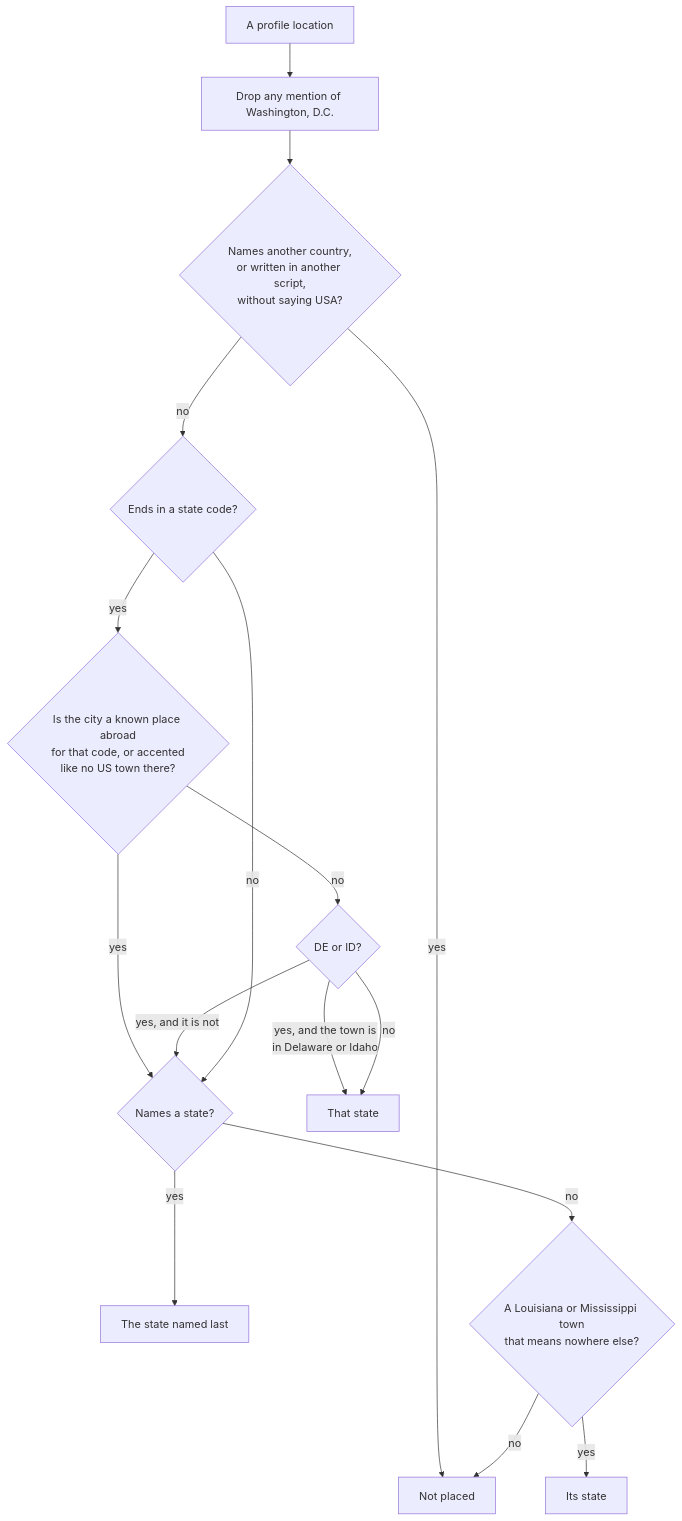
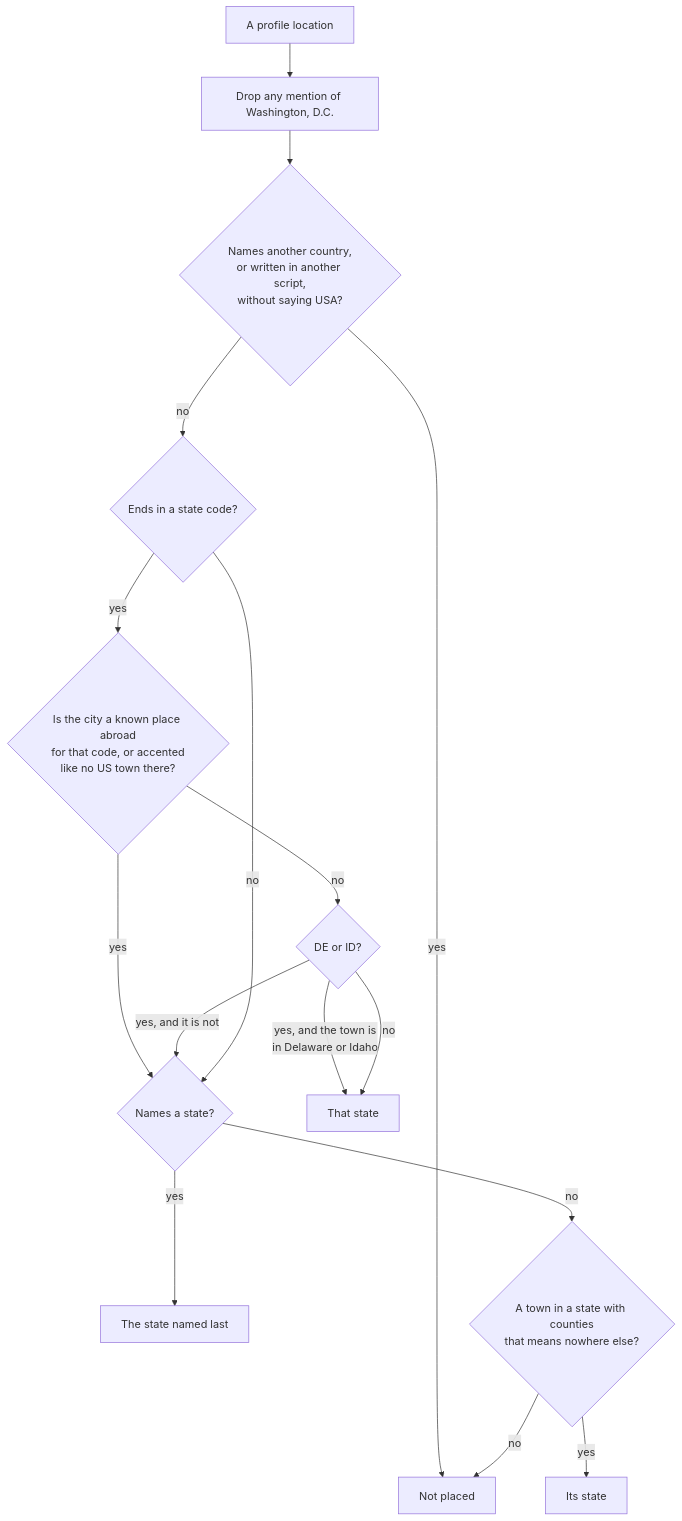
The diagram in docs/placement.md (wbp318/github-leaderboard), drawn with Mermaid before and after one commit. The commit also changed other lines of this file and 19 other files, not shown here.

````diff
--- a/docs/placement.md
+++ b/docs/placement.md
@@ -35,18 +35,18 @@
 ```mermaid
 flowchart TD
     loc["A profile location"] --> dc["Drop any mention of Washington, D.C."]
     dc --> abroad{"Names another country,<br/>or written in another script,<br/>without saying USA?"}
     abroad -->|yes| none["Not placed"]
     abroad -->|no| code{"Ends in a state code?"}
     code -->|yes| guard{"Is the city a known place abroad<br/>for that code, or accented<br/>like no US town there?"}
     guard -->|yes| name
     guard -->|no| listed{"DE or ID?"}
     listed -->|"yes, and the town is<br/>in Delaware or Idaho"| st["That state"]
     listed -->|"yes, and it is not"| name
     listed -->|no| st
     code -->|no| name{"Names a state?"}
     name -->|yes| last["The state named last"]
-    name -->|no| town{"A Louisiana or Mississippi town<br/>that means nowhere else?"}
+    name -->|no| town{"A town in a state with counties<br/>that means nowhere else?"}
     town -->|yes| la["Its state"]
     town -->|no| none
 ```
````
